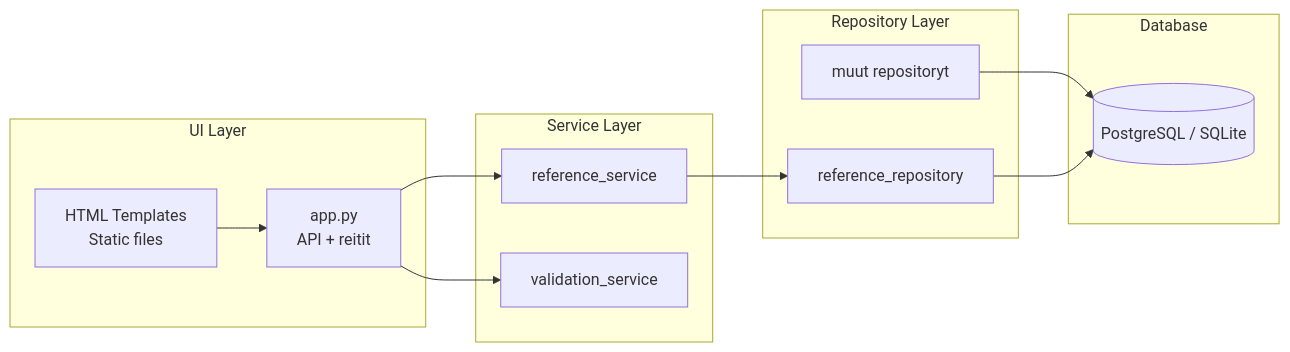
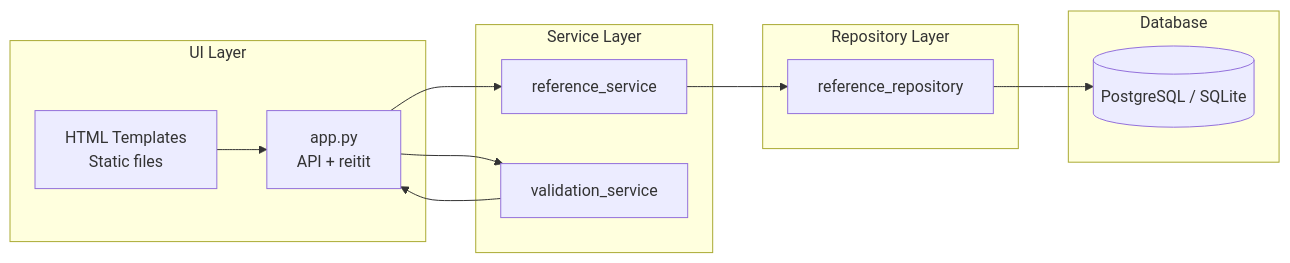
The first of 3 diagrams in documentation/README_architecture.md (kortekoski/ohtuminiprojekti), drawn with Mermaid before and after one commit. The commit also changed other lines of this file and 5 other files, not shown here.

`````diff
--- a/documentation/README_architecture.md
+++ b/documentation/README_architecture.md
@@ -42,30 +2,30 @@
 ````mermaid
 flowchart LR
 
     subgraph UI["UI Layer"]
         Tmpl[HTML Templates<br/>Static files]
         AppPy[app.py<br/>API + reitit]
     end
 
     subgraph Service["Service Layer"]
         RefSvc[reference_service]
         ValSvc[validation_service]
     end
 
     subgraph Repo["Repository Layer"]
         RefRepo[reference_repository]
-        OtherRepos[muut repositoryt]
+       
     end
 
     subgraph DB["Database"]
         SQL[(PostgreSQL / SQLite)]
     end
 
     %% Connections
     Tmpl --> AppPy
     AppPy --> ValSvc
+    ValSvc --> AppPy
     AppPy --> RefSvc
     RefSvc --> RefRepo
-    OtherRepos --> SQL
     RefRepo --> SQL
 ````
`````
